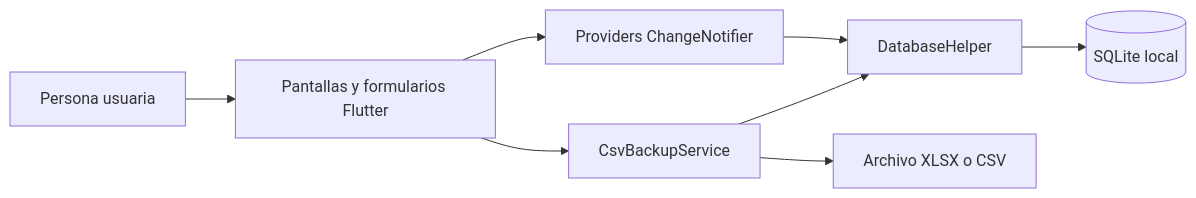
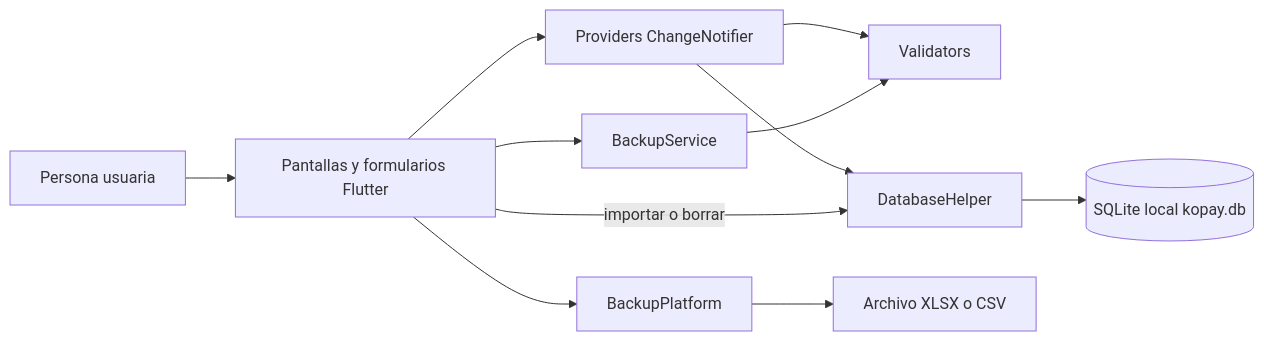
The first of 4 diagrams in docs/arquitectura.md (JanettheMillan/KoPay), drawn with Mermaid before and after one commit. The commit also changed other lines of this file, not shown here.

````diff
--- a/docs/arquitectura.md
+++ b/docs/arquitectura.md
@@ -11,10 +17,13 @@
 ```mermaid
 flowchart LR
     U[Persona usuaria] --> S[Pantallas y formularios Flutter]
     S --> P[Providers ChangeNotifier]
+    P --> V[Validators]
     P --> D[DatabaseHelper]
-    D --> DB[(SQLite local)]
-    S --> B[CsvBackupService]
-    B --> D
-    B --> F[Archivo XLSX o CSV]
+    D --> DB[(SQLite local kopay.db)]
+    S --> B[BackupService]
+    B --> V
+    S --> BP[BackupPlatform]
+    BP --> F[Archivo XLSX o CSV]
+    S -- importar o borrar --> D
 ```
````
